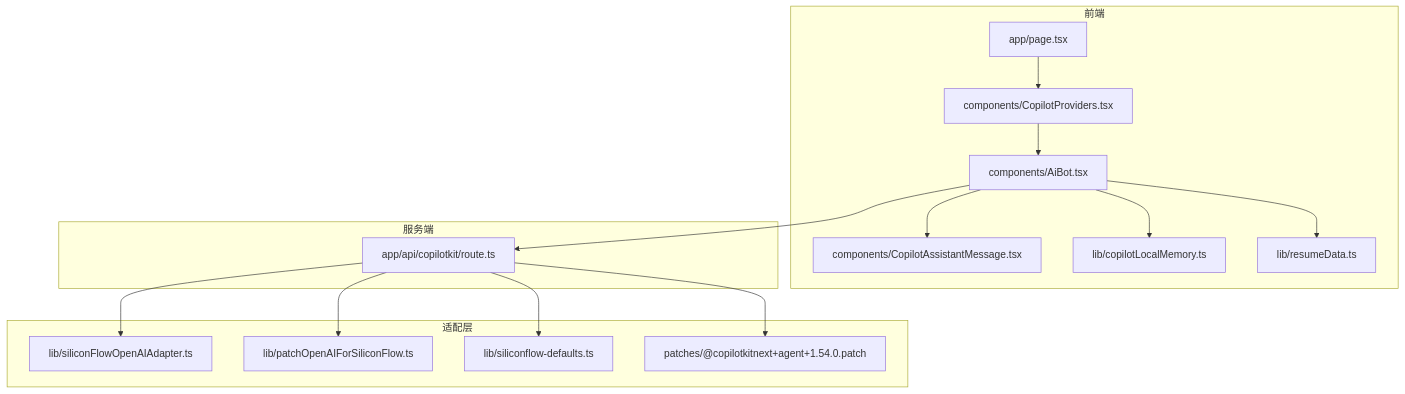
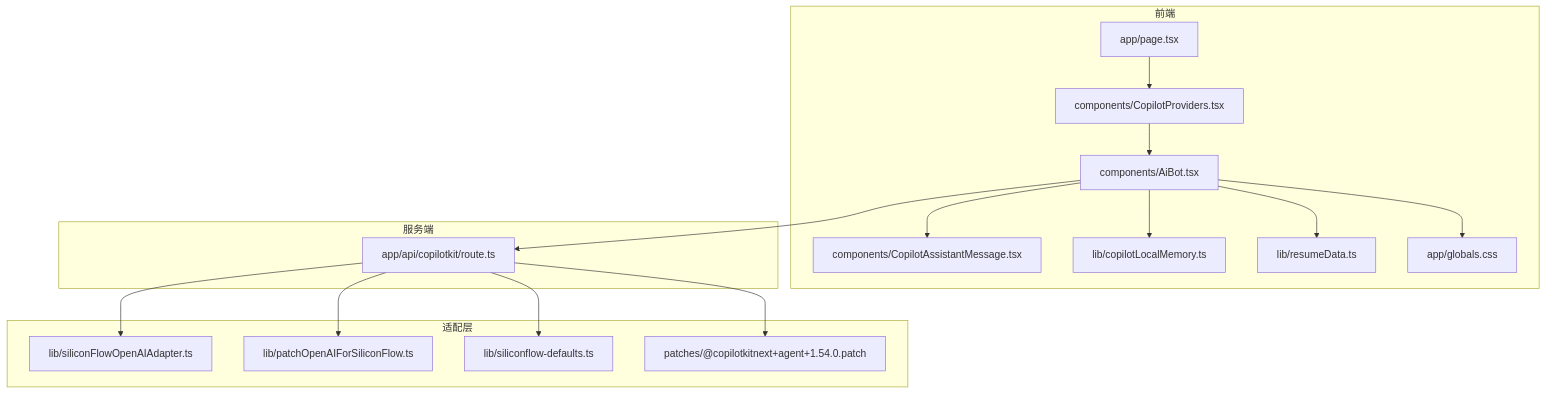
One commit to Fuqianjiao/General_Introduction_AIPM changed the first of 3 diagrams in .qoder/repowiki/zh/content/AI 助手系统/AI 助手系统.md. Above: the diagram before and after it, drawn with Mermaid. The commit also changed other lines of this file and 9 other files, not shown here.

````diff
--- a/.qoder/repowiki/zh/content/AI 助手系统/AI 助手系统.md
+++ b/.qoder/repowiki/zh/content/AI 助手系统/AI 助手系统.md
@@ -49,30 +61,32 @@
 ```mermaid
 graph TB
 subgraph "前端"
 A["app/page.tsx"]
 B["components/CopilotProviders.tsx"]
 C["components/AiBot.tsx"]
 D["components/CopilotAssistantMessage.tsx"]
 E["lib/copilotLocalMemory.ts"]
 F["lib/resumeData.ts"]
+G["app/globals.css"]
 end
 subgraph "服务端"
-G["app/api/copilotkit/route.ts"]
+H["app/api/copilotkit/route.ts"]
 end
 subgraph "适配层"
-H["lib/siliconFlowOpenAIAdapter.ts"]
-I["lib/patchOpenAIForSiliconFlow.ts"]
-J["lib/siliconflow-defaults.ts"]
-K["patches/@copilotkitnext+agent+1.54.0.patch"]
+I["lib/siliconFlowOpenAIAdapter.ts"]
+J["lib/patchOpenAIForSiliconFlow.ts"]
+K["lib/siliconflow-defaults.ts"]
+L["patches/@copilotkitnext+agent+1.54.0.patch"]
 end
 A --> B
 B --> C
 C --> D
 C --> E
 C --> F
 C --> G
-G --> H
-G --> I
-G --> J
-G --> K
+C --> H
+H --> I
+H --> J
+H --> K
+H --> L
 ```
````
